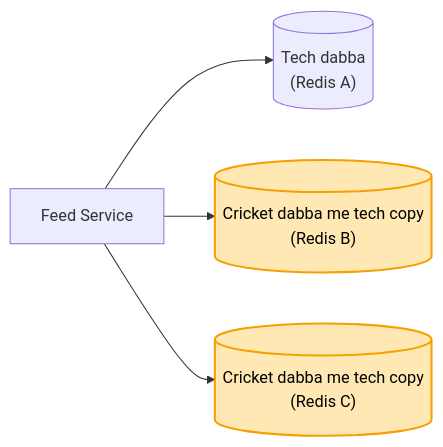
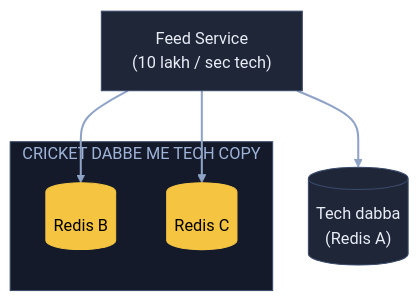
The ninth of 11 diagrams in 04_HLD/SYSTEM_DESIGNS/08_news_aggregator/08_news_aggregator.md (ArpanMaheshwari144/Prep), drawn with Mermaid before and after one commit. The commit also changed other lines of this file, not shown here.

Commit message:
News: 11 diagram YouTube (reel) wale card andaaz me

````diff
--- a/04_HLD/SYSTEM_DESIGNS/08_news_aggregator/08_news_aggregator.md
+++ b/04_HLD/SYSTEM_DESIGNS/08_news_aggregator/08_news_aggregator.md
@@ -181,8 +270,18 @@
 ```mermaid
-flowchart LR
-    F["Feed Service"] --> A[("Tech dabba<br/>(Redis A)")]
-    F --> B[("Cricket dabba me tech copy<br/>(Redis B)")]
-    F --> C[("Cricket dabba me tech copy<br/>(Redis C)")]
-    style B fill:#ffe8b3,stroke:#f59f00,stroke-width:2px,color:#000
-    style C fill:#ffe8b3,stroke:#f59f00,stroke-width:2px,color:#000
+flowchart TB
+    F["Feed Service<br/>(10 lakh / sec tech)"]:::card
+    A[("Tech dabba<br/>(Redis A)")]:::card
+    subgraph CP["CRICKET DABBE ME TECH COPY"]
+        B[("Redis B")]:::pill
+        C[("Redis C")]:::pill
+    end
+    F --> A
+    F --> B
+    F --> C
+    linkStyle default stroke:#8fa3c7,stroke-width:2px
+    classDef card fill:#1e2638,stroke:#3a4a6b,color:#e8ecf5
+    classDef pill fill:#f5c542,stroke:#f5c542,color:#000
+    classDef good fill:#2e7d4f,stroke:#3fbf6f,color:#fff
+    classDef bad fill:#5c1f24,stroke:#e05561,color:#fff
+    style CP fill:#141a29,stroke:#3a4a6b,color:#9fb3d9
 ```
````
